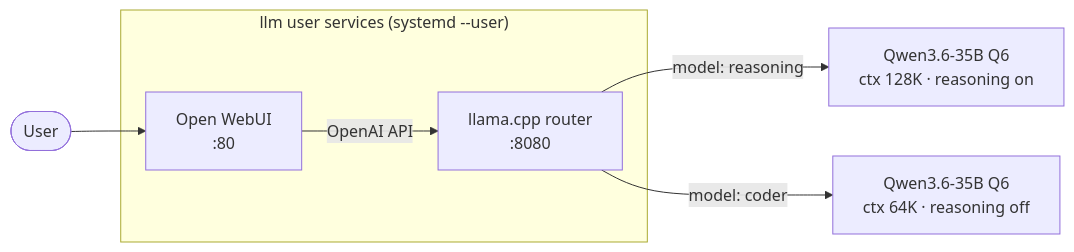
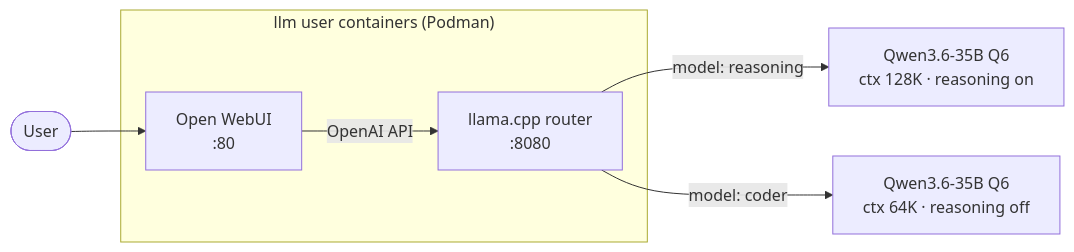
The diagram in README.md (edepree/llm), drawn with Mermaid before and after one commit. The commit also changed other lines of this file and 17 other files, not shown here.

````diff
--- a/README.md
+++ b/README.md
@@ -7,13 +7,13 @@
 ```mermaid
 graph LR
     user([User]) --> webui
 
-    subgraph services["llm user services (systemd --user)"]
+    subgraph containers["llm user containers (Podman)"]
         webui["Open WebUI\n:80"]
         router["llama.cpp router\n:8080"]
     end
 
     webui -->|OpenAI API| router
     router -->|model: reasoning| r_model["Qwen3.6-35B Q6\nctx 128K · reasoning on"]
     router -->|model: coder| c_model["Qwen3.6-35B Q6\nctx 64K · reasoning off"]
 ```
````
